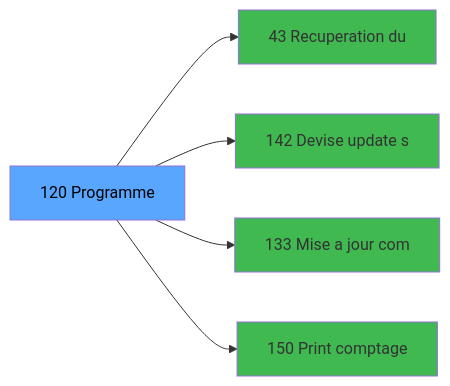
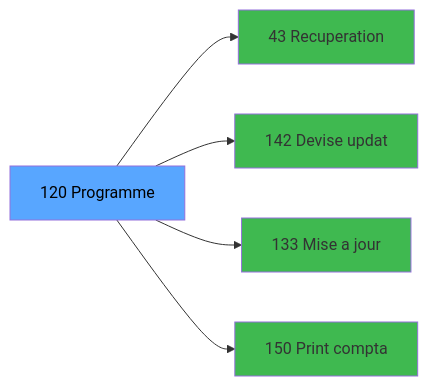
The third of 3 diagrams in .openspec/specs/ADH-IDE-120.md (thonyAGP/magic-migration), drawn with Mermaid before and after one commit. The commit also changed other lines of this file and 323 other files, not shown here.

````diff
--- a/.openspec/specs/ADH-IDE-120.md
+++ b/.openspec/specs/ADH-IDE-120.md
@@ -155,17 +184,17 @@
 ```mermaid
 graph LR
     T[120 Programme]
-    C43[43 Recuperation du]
+    C43[43 Recuperation]
     T --> C43
-    C142[142 Devise update s]
+    C142[142 Devise updat]
     T --> C142
-    C133[133 Mise a jour com]
+    C133[133 Mise a jour ]
     T --> C133
-    C150[150 Print comptage ]
+    C150[150 Print compta]
     T --> C150
     style T fill:#58a6ff,color:#000
     style C43 fill:#3fb950
     style C142 fill:#3fb950
     style C133 fill:#3fb950
     style C150 fill:#3fb950
 ```
````
